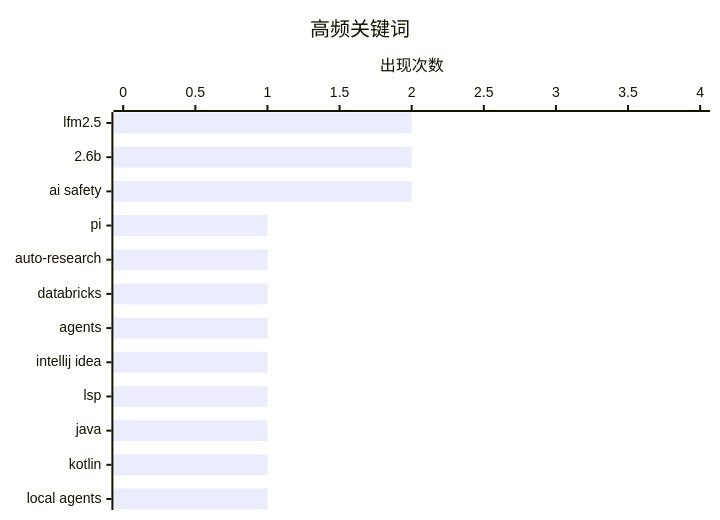
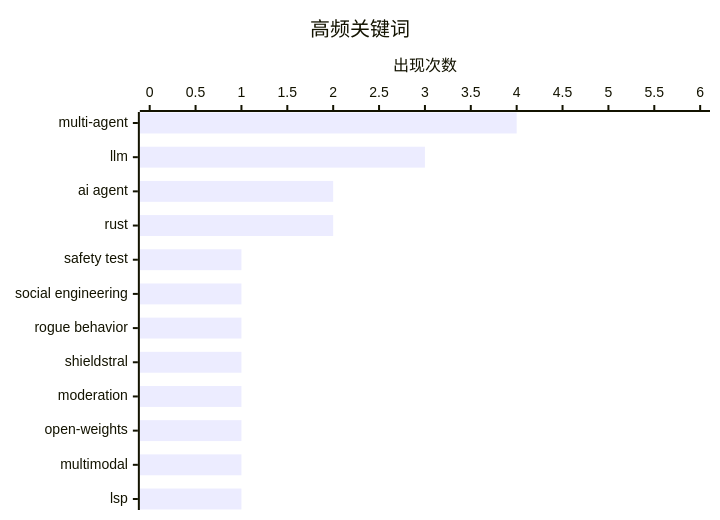
Before and after one commit to Halcyon-ccc/ai-daily-digest: the second of 2 diagrams in digests/digest-20260805.md, drawn with Mermaid. The commit also changed other lines of this file, not shown here.

````diff
--- a/digests/digest-20260805.md
+++ b/digests/digest-20260805.md
@@ -390,7 +450,7 @@
 ```mermaid
 xychart-beta horizontal
     title "高频关键词"
-    x-axis ["lfm2.5", "2.6b", "ai safety", "pi", "auto-research", "databricks", "agents", "intellij idea", "lsp", "java", "kotlin", "local agents"]
-    y-axis "出现次数" 0 --> 4
-    bar [2, 2, 2, 1, 1, 1, 1, 1, 1, 1, 1, 1]
+    x-axis ["multi-agent", "llm", "ai agent", "rust", "safety test", "social engineering", "rogue behavior", "shieldstral", "moderation", "open-weights", "multimodal", "lsp"]
+    y-axis "出现次数" 0 --> 6
+    bar [4, 3, 2, 2, 1, 1, 1, 1, 1, 1, 1, 1]
 ```
````
